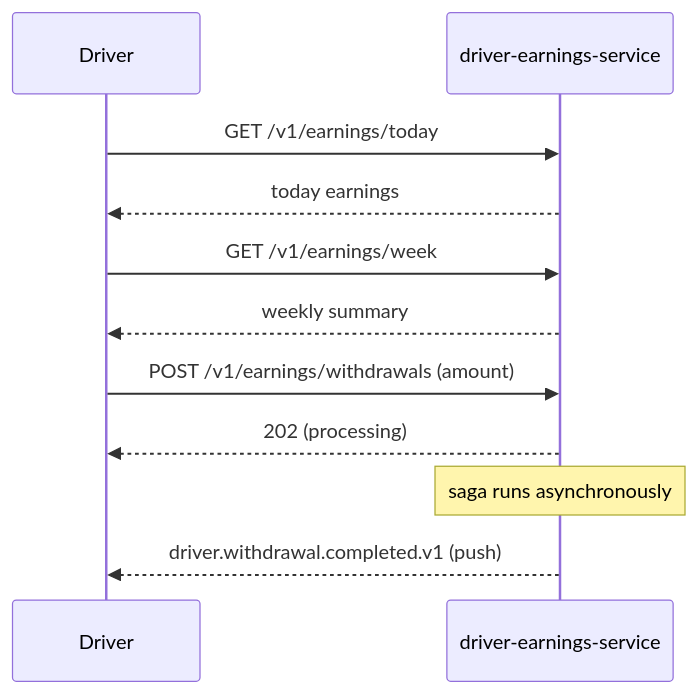
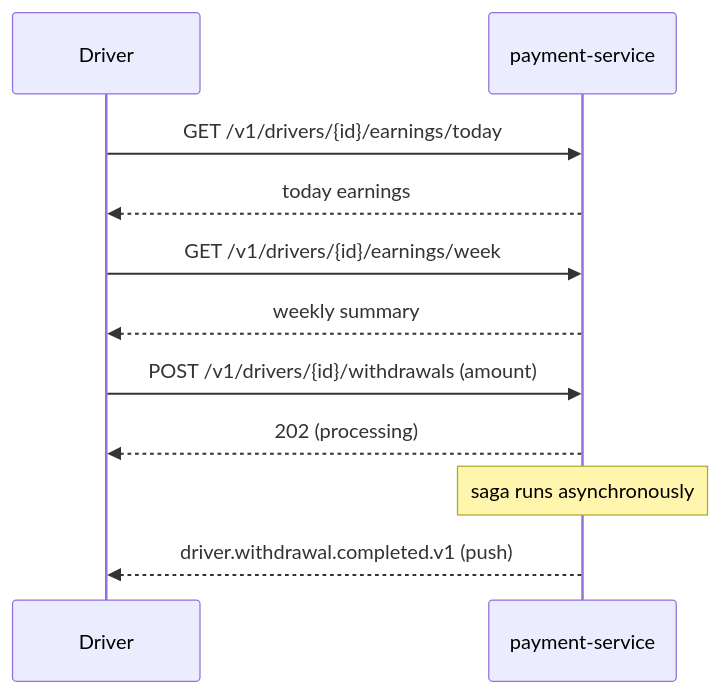
The seventh of 10 diagrams in docs/workflows/DRIVER_WORKFLOWS.md (mohamedhabibwork/trips-enjoy-docs), drawn with Mermaid before and after one commit. The commit also changed other lines of this file and 525 other files, not shown here.

````diff
--- a/docs/workflows/DRIVER_WORKFLOWS.md
+++ b/docs/workflows/DRIVER_WORKFLOWS.md
@@ -148,14 +147,14 @@
 ```mermaid
 sequenceDiagram
     participant DR as Driver
-    participant DE as driver-earnings-service
+    participant PAY as payment-service
 
-    DR->>DE: GET /v1/earnings/today
-    DE-->>DR: today earnings
-    DR->>DE: GET /v1/earnings/week
-    DE-->>DR: weekly summary
-    DR->>DE: POST /v1/earnings/withdrawals (amount)
-    DE-->>DR: 202 (processing)
-    Note over DE: saga runs asynchronously
-    DE-->>DR: driver.withdrawal.completed.v1 (push)
+    DR->>PAY: GET /v1/drivers/{id}/earnings/today
+    PAY-->>DR: today earnings
+    DR->>PAY: GET /v1/drivers/{id}/earnings/week
+    PAY-->>DR: weekly summary
+    DR->>PAY: POST /v1/drivers/{id}/withdrawals (amount)
+    PAY-->>DR: 202 (processing)
+    Note over PAY: saga runs asynchronously
+    PAY-->>DR: driver.withdrawal.completed.v1 (push)
 ```
````
